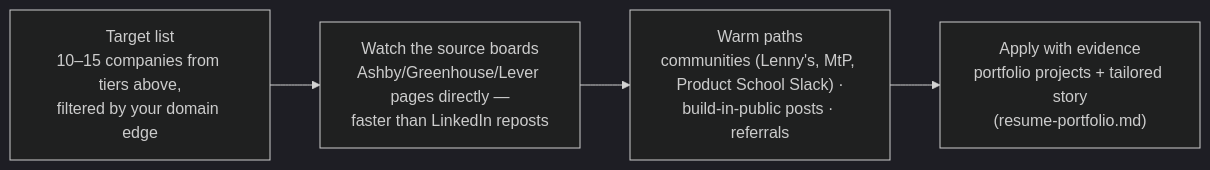
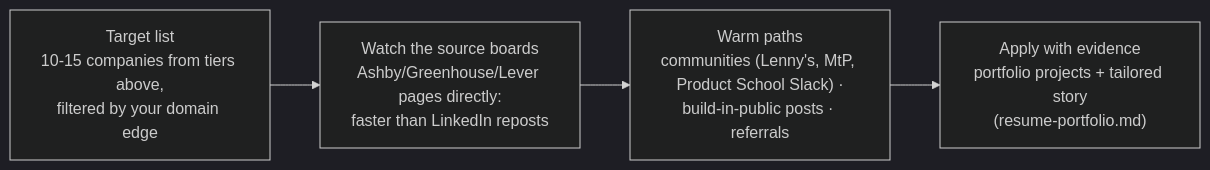
The diagram in 08-career/companies-hiring.md (sugirdadinakar/AI-for-Product-Managers), drawn with Mermaid (dark theme) before and after one commit. The commit also changed other lines of this file and 59 other files, not shown here.

````diff
--- a/08-career/companies-hiring.md
+++ b/08-career/companies-hiring.md
@@ -56,6 +56,6 @@
 ```mermaid
 flowchart LR
-    A["Target list<br/>10–15 companies from tiers above,<br/>filtered by your domain edge"] --> B["Watch the source boards<br/>Ashby/Greenhouse/Lever pages directly —<br/>faster than LinkedIn reposts"]
+    A["Target list<br/>10-15 companies from tiers above,<br/>filtered by your domain edge"] --> B["Watch the source boards<br/>Ashby/Greenhouse/Lever pages directly:<br/>faster than LinkedIn reposts"]
     B --> C["Warm paths<br/>communities (Lenny's, MtP, Product School Slack) ·<br/>build-in-public posts · referrals"]
     C --> D["Apply with evidence<br/>portfolio projects + tailored story<br/>(resume-portfolio.md)"]
 ```
````
